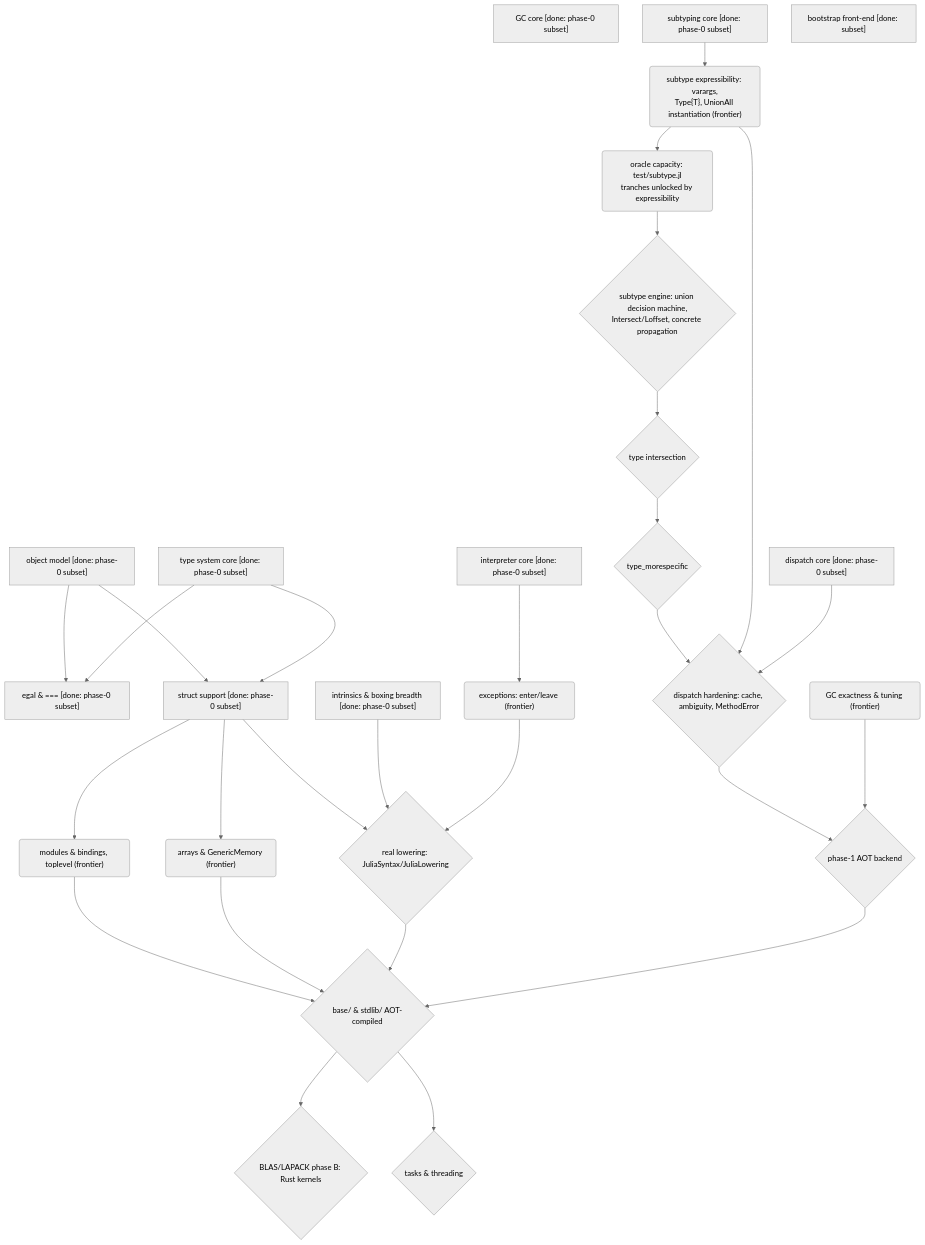
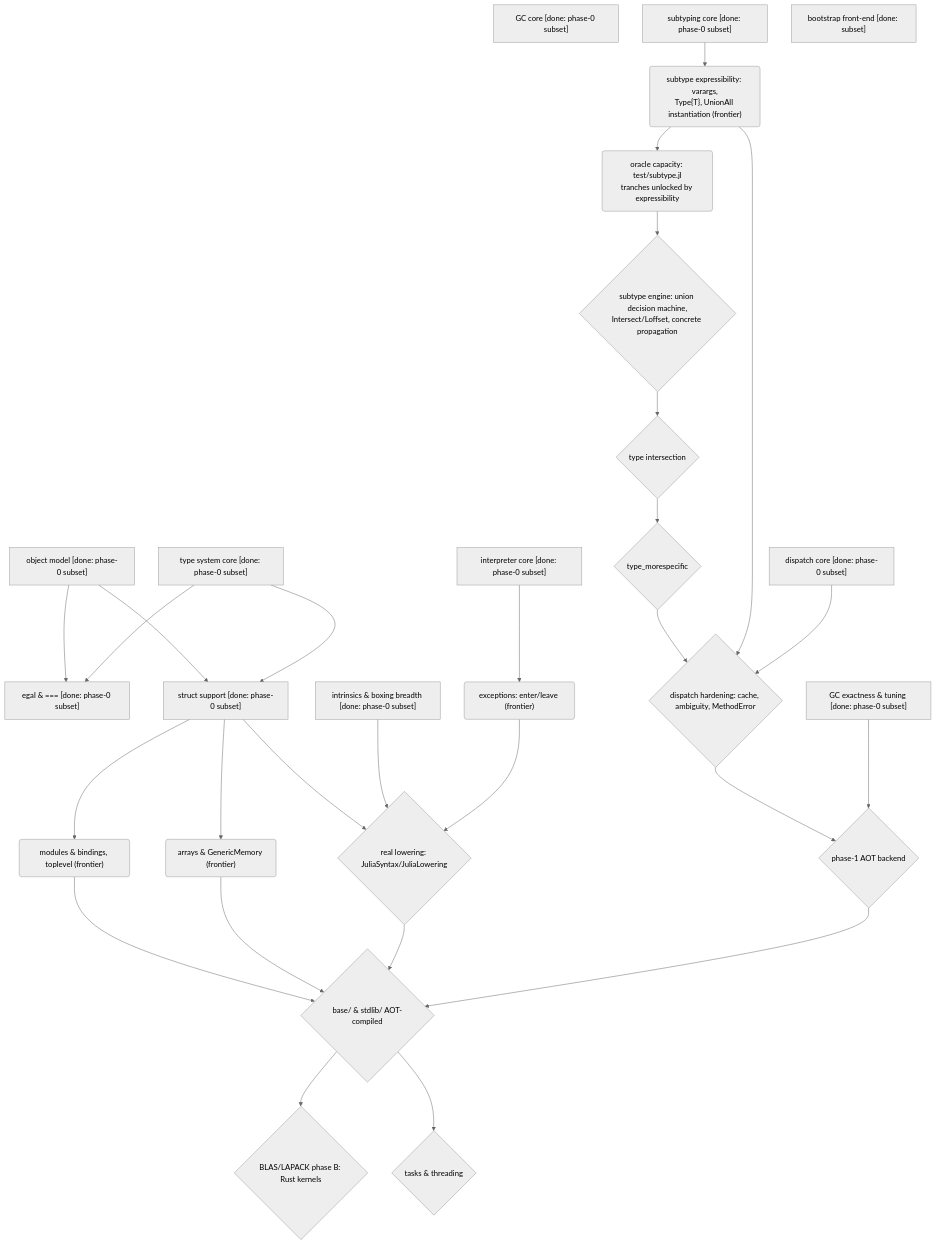
Before and after one commit to andy-emerson/Ruju: the diagram in design/strategy.md, drawn with Mermaid (neutral theme). The commit also changed other lines of this file and 3 other files, not shown here.

````diff
--- a/design/strategy.md
+++ b/design/strategy.md
@@ -86,57 +86,57 @@
 ```mermaid
 flowchart TD
     OBJ["object model [done: phase-0 subset]"]
     GC0["GC core [done: phase-0 subset]"]
     TYPES["type system core [done: phase-0 subset]"]
     SUB0["subtyping core [done: phase-0 subset]"]
     DISP0["dispatch core [done: phase-0 subset]"]
     INTERP0["interpreter core [done: phase-0 subset]"]
     FE0["bootstrap front-end [done: subset]"]
 
     EGAL["egal & === [done: phase-0 subset]"]
     STRUCTS["struct support [done: phase-0 subset]"]
     INTRIN["intrinsics & boxing breadth [done: phase-0 subset]"]
-    GCX("GC exactness & tuning (frontier)")
+    GCX["GC exactness & tuning [done: phase-0 subset]"]
     SUBXE("subtype expressibility: varargs,<br/>Type{T}, UnionAll instantiation (frontier)")
     EXC("exceptions: enter/leave (frontier)")
 
     ORACLE("oracle capacity: test/subtype.jl<br/>tranches unlocked by expressibility")
     SUBXM{"subtype engine: union decision machine,<br/>Intersect/Loffset, concrete propagation"}
     ISECT{"type intersection"}
     MORESPEC{"type_morespecific"}
     DISPX{"dispatch hardening: cache, ambiguity, MethodError"}
     ARRAYS("arrays & GenericMemory (frontier)")
     MODULES("modules & bindings, toplevel (frontier)")
     LOWER{"real lowering: JuliaSyntax/JuliaLowering"}
     AOT{"phase-1 AOT backend"}
     BASE{"base/ & stdlib/ AOT-compiled"}
     BLAS{"BLAS/LAPACK phase B: Rust kernels"}
     TASKS{"tasks & threading"}
 
     OBJ --> STRUCTS
     TYPES --> STRUCTS
     OBJ --> EGAL
     TYPES --> EGAL
     SUB0 --> SUBXE
     SUBXE --> ORACLE
     ORACLE --> SUBXM
     SUBXM --> ISECT
     ISECT --> MORESPEC
     MORESPEC --> DISPX
     SUBXE --> DISPX
     DISP0 --> DISPX
     STRUCTS --> ARRAYS
     STRUCTS --> MODULES
     INTERP0 --> EXC
     STRUCTS --> LOWER
     INTRIN --> LOWER
     EXC --> LOWER
     MODULES --> BASE
     ARRAYS --> BASE
     LOWER --> BASE
     AOT --> BASE
     DISPX --> AOT
     GCX --> AOT
     BASE --> BLAS
     BASE --> TASKS
 ```
````
